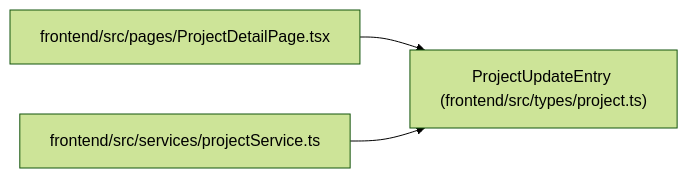
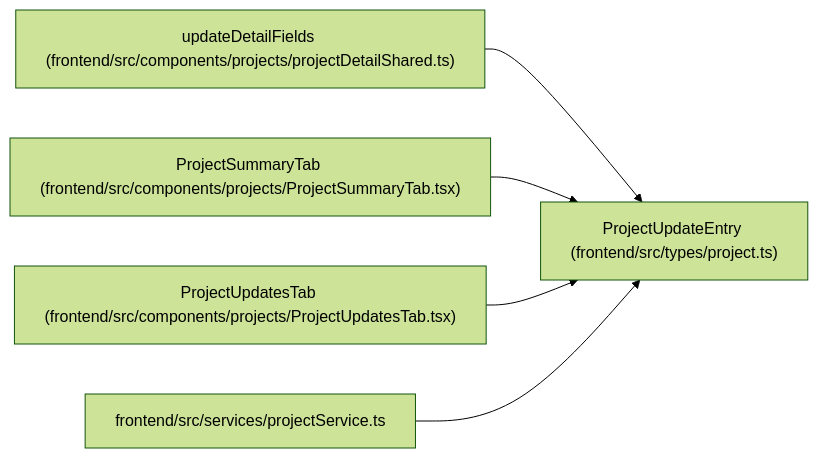
The diagram in docs/llm_wiki/entities/types_project_ProjectUpdateEntry.md (Denissvgn/WorkChord), drawn with Mermaid (forest theme) before and after one commit. The commit also changed other lines of this file and 2373 other files, not shown here.

````diff
--- a/docs/llm_wiki/entities/types_project_ProjectUpdateEntry.md
+++ b/docs/llm_wiki/entities/types_project_ProjectUpdateEntry.md
@@ -34,11 +34,17 @@
 ```mermaid
 flowchart LR
     n0["ProjectUpdateEntry (frontend/src/types/project.ts)"]
-    n1["frontend/src/pages/ProjectDetailPage.tsx"]
-    n2["frontend/src/services/projectService.ts"]
+    n1["updateDetailFields (frontend/src/components/projects/projectDetailShared.ts)"]
+    n2["ProjectSummaryTab (frontend/src/components/projects/ProjectSummaryTab.tsx)"]
+    n3["ProjectUpdatesTab (frontend/src/components/projects/ProjectUpdatesTab.tsx)"]
+    n4["frontend/src/services/projectService.ts"]
     n1 --> n0
     n2 --> n0
+    n3 --> n0
+    n4 --> n0
     click n0 "../modules/types_project.md"
-    click n1 "../modules/ProjectDetailPage.md"
-    click n2 "../modules/projectService.md"
+    click n1 "../modules/projectDetailShared.md"
+    click n2 "../modules/ProjectSummaryTab.md"
+    click n3 "../modules/ProjectUpdatesTab.md"
+    click n4 "../modules/projectService.md"
 ```
````
